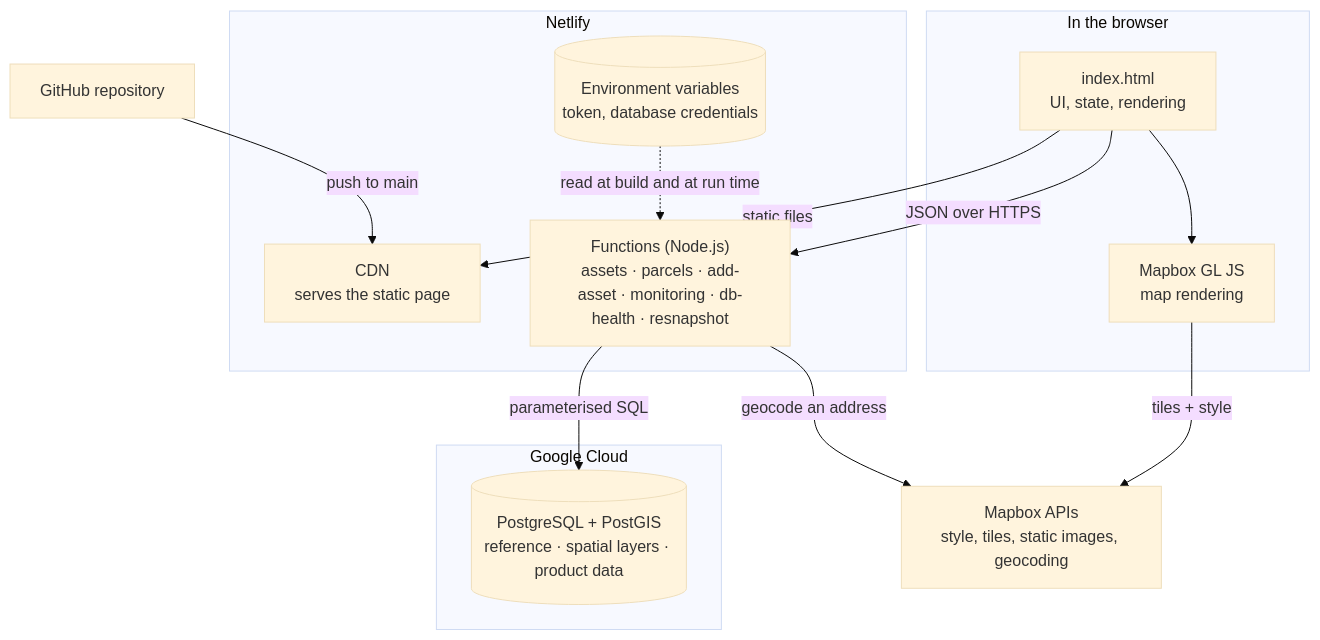
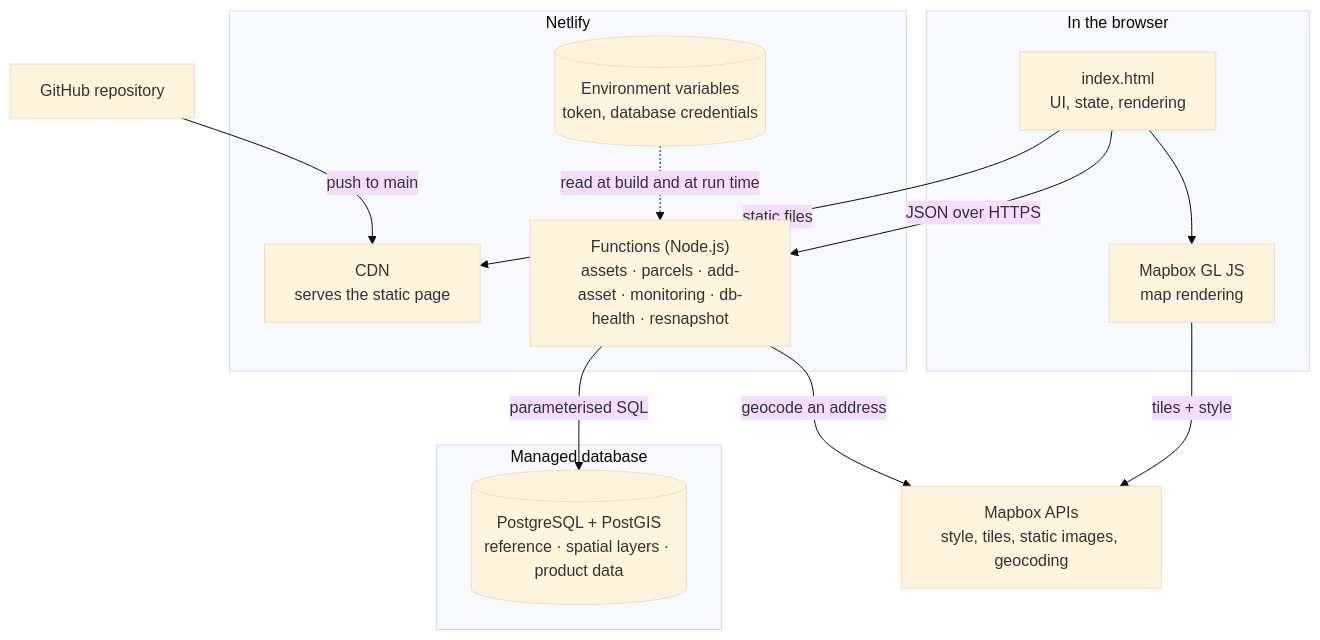
One commit to landlogic-corp/AssetLogic_POC changed the first of 6 diagrams in docs/architecture.md. Above: the diagram before and after it, drawn with Mermaid (base theme). The commit also changed other lines of this file and 15 other files, not shown here.

````diff
--- a/docs/architecture.md
+++ b/docs/architecture.md
@@ -7,26 +7,26 @@
 ```mermaid
 flowchart TB
     subgraph client["In the browser"]
       page["index.html<br/>UI, state, rendering"]
       gl["Mapbox GL JS<br/>map rendering"]
     end
     subgraph host["Netlify"]
       cdn["CDN<br/>serves the static page"]
       fns["Functions (Node.js)<br/>assets · parcels · add-asset · monitoring · db-health · resnapshot"]
       cfg[("Environment variables<br/>token, database credentials")]
     end
-    subgraph data["Google Cloud"]
+    subgraph data["Managed database"]
       db[("PostgreSQL + PostGIS<br/>reference · spatial layers · product data")]
     end
     mb["Mapbox APIs<br/>style, tiles, static images, geocoding"]
     repo["GitHub repository"]
 
     page --> gl
     page -- "static files" --> cdn
     page -- "JSON over HTTPS" --> fns
     gl -- "tiles + style" --> mb
     fns -- "parameterised SQL" --> db
     fns -- "geocode an address" --> mb
     cfg -. "read at build and at run time" .-> fns
     repo -- "push to main" --> cdn
 ```
````
